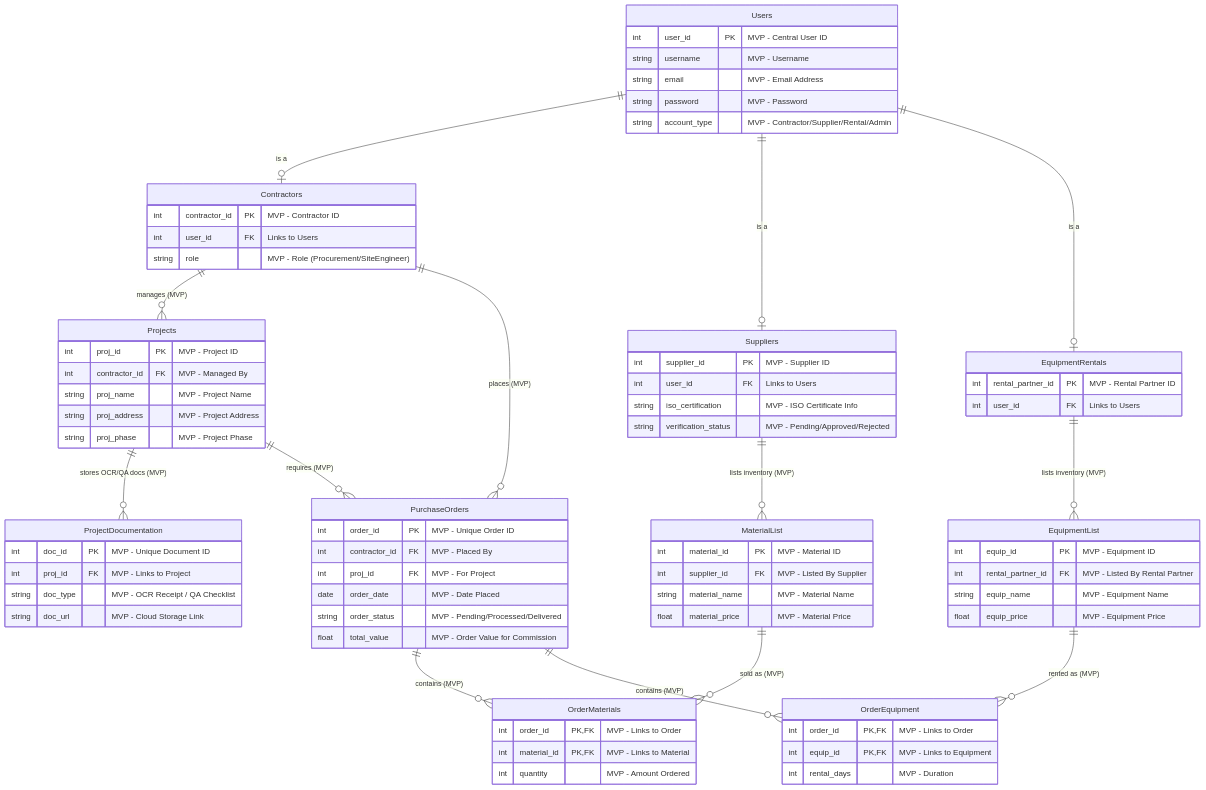
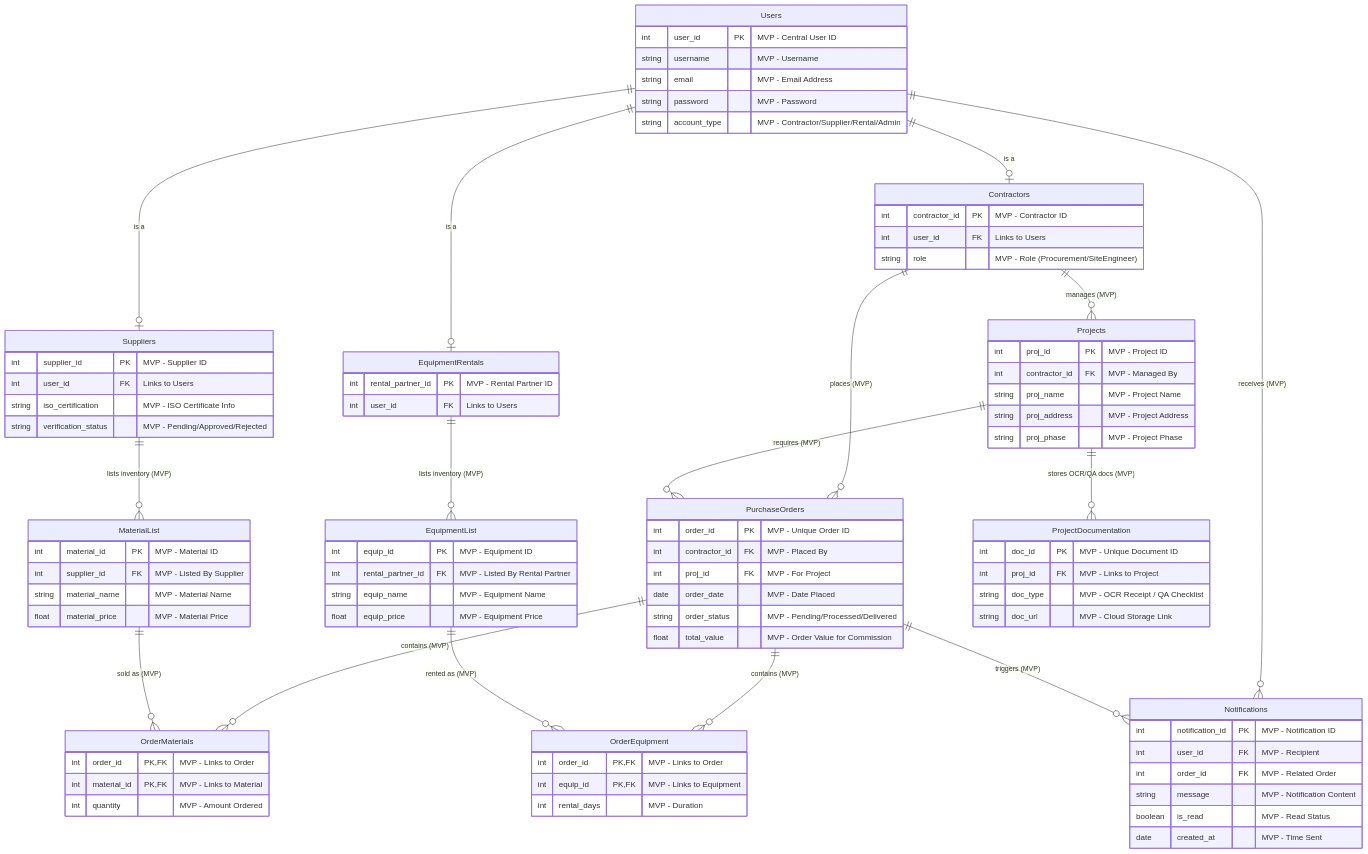
The diagram in ERDiagramMVP.md (ryanlourentino/project-flow), drawn with Mermaid before and after one commit.

````diff
--- a/ERDiagramMVP.md
+++ b/ERDiagramMVP.md
@@ -91,7 +91,20 @@
         string doc_type "MVP - OCR Receipt / QA Checklist"
         string doc_url "MVP - Cloud Storage Link"
     }
-    
+
+
+    %% ==========================================
+    %% Notifications
+    %% ==========================================
+    Notifications {
+        int notification_id PK "MVP - Notification ID"
+        int user_id FK "MVP - Recipient"
+        int order_id FK "MVP - Related Order"
+        string message "MVP - Notification Content"
+        boolean is_read "MVP - Read Status"
+        date created_at "MVP - Time Sent"
+    }
+
     %% ==========================================
     %% Entity Relationships
     %% ==========================================
@@ -113,4 +126,7 @@
     
     MaterialList ||--o{ OrderMaterials : "sold as (MVP)"
     EquipmentList ||--o{ OrderEquipment : "rented as (MVP)"
+
+    Users ||--o{ Notifications : "receives (MVP)"
+    PurchaseOrders ||--o{ Notifications : "triggers (MVP)"
 ```
````
